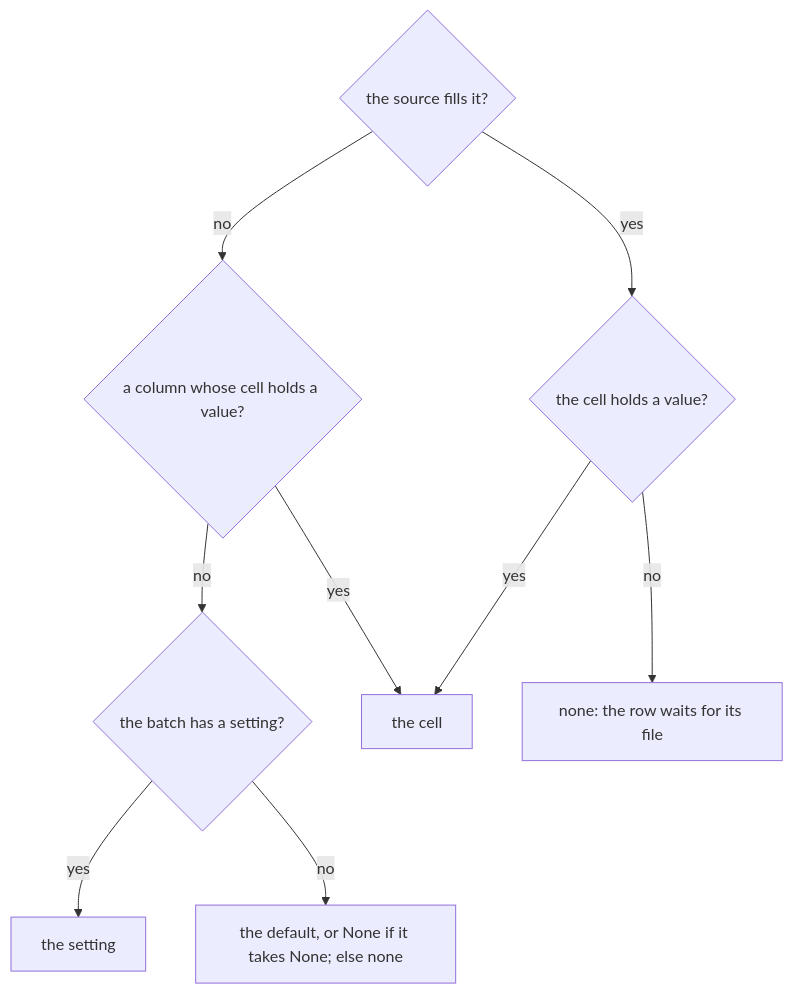
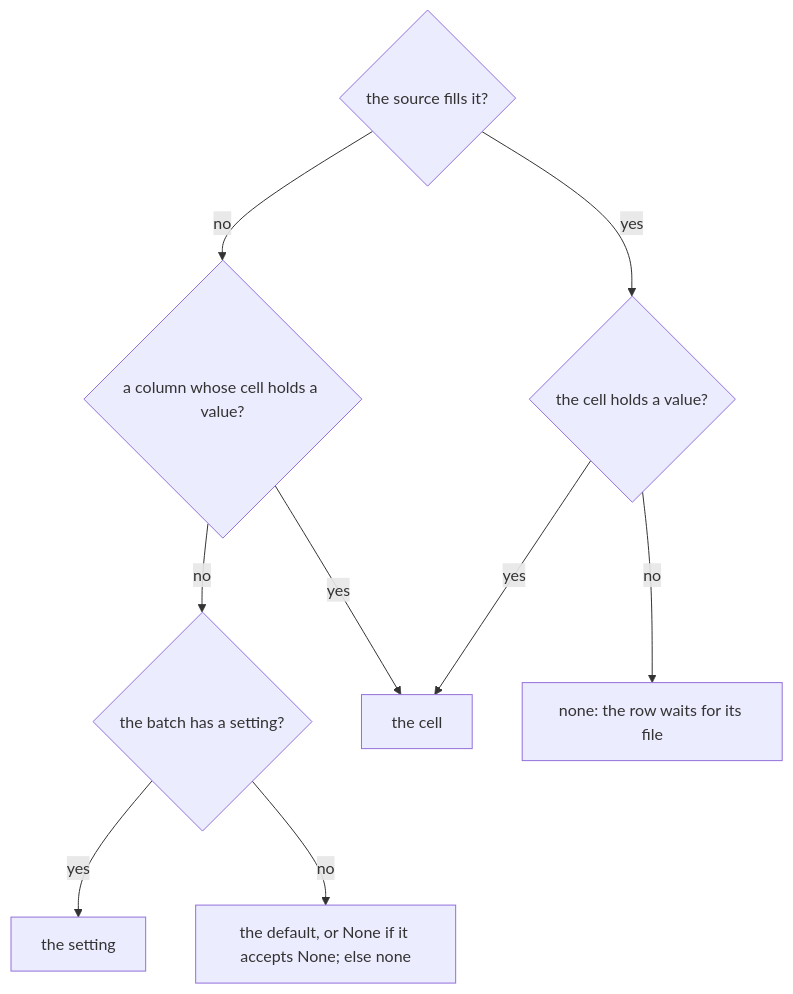
Before and after one commit to scipp/essapps: the second of 5 diagrams in packages/essbatch/docs/batch.md, drawn with Mermaid. The commit also changed other lines of this file and 1 other file, not shown here.

````diff
--- a/packages/essbatch/docs/batch.md
+++ b/packages/essbatch/docs/batch.md
@@ -318,15 +261,15 @@
 ```mermaid
 flowchart TD
     source{"the source fills it?"}
     waiting{"the cell holds a value?"}
     column{"a column whose cell holds a value?"}
     setting{"the batch has a setting?"}
     source -- yes --> waiting
     source -- no --> column
     waiting -- yes --> cell["the cell"]
     waiting -- no --> waits["none: the row waits for its file"]
     column -- yes --> cell
     column -- no --> setting
     setting -- yes --> given["the setting"]
-    setting -- no --> default["the default, or None if it takes None; else none"]
+    setting -- no --> default["the default, or None if it accepts None; else none"]
 ```
````
